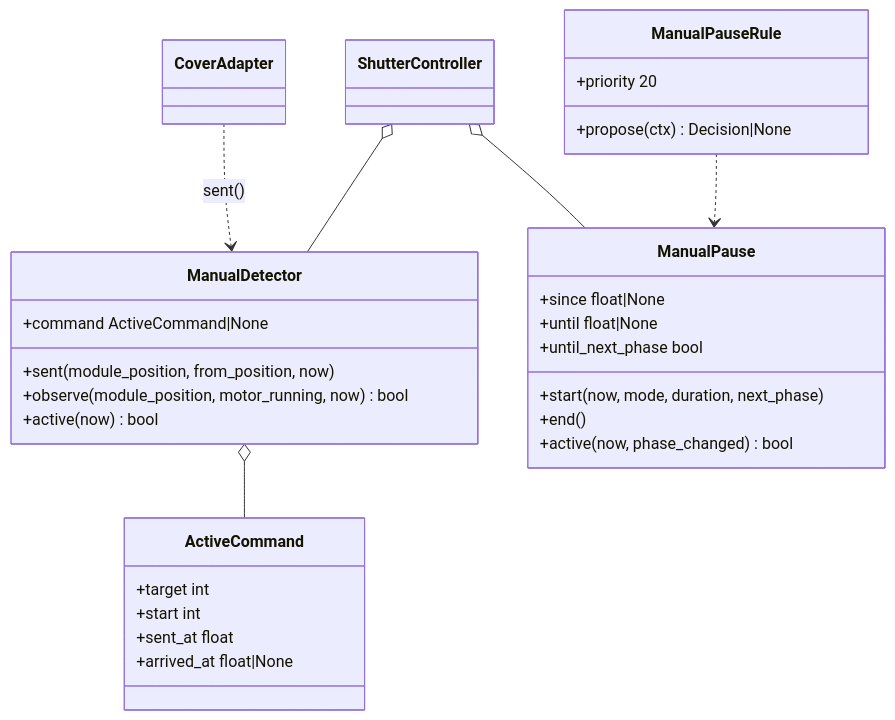
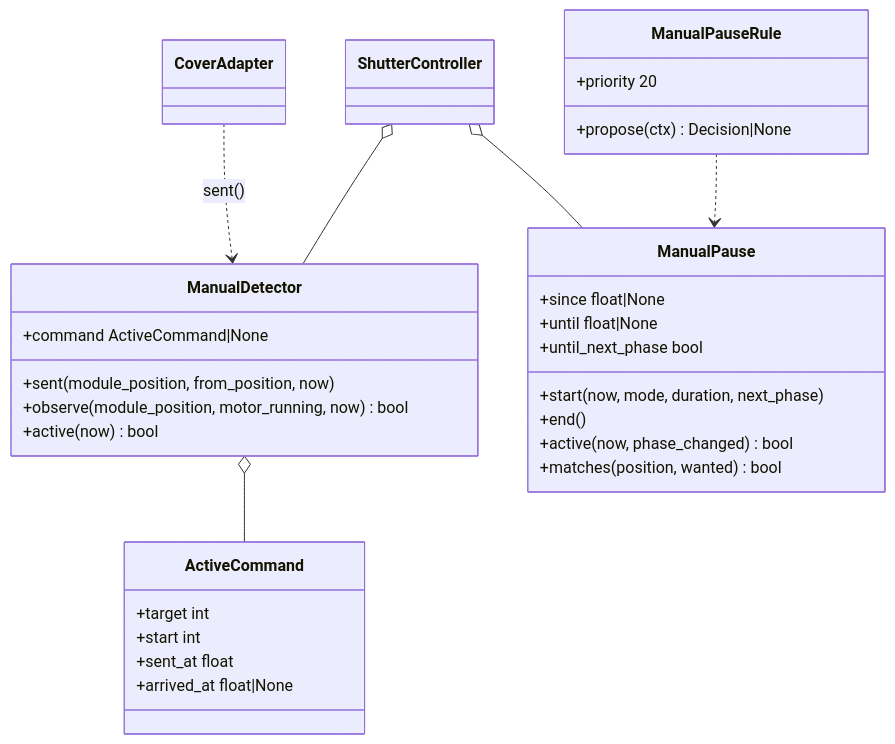
Before and after one commit to abroeders/smart-shutter-control: the second of 2 diagrams in docs/design/2026-11-20-manual-operation.md, drawn with Mermaid. The commit also changed other lines of this file, not shown here.

Commit message:
docs: a manual move to the wanted position resumes automatic control (#5)

````diff
--- a/docs/design/2026-11-20-manual-operation.md
+++ b/docs/design/2026-11-20-manual-operation.md
@@ -80,32 +90,33 @@
 ```mermaid
 classDiagram
     class ManualDetector {
         +command ActiveCommand|None
         +sent(module_position, from_position, now)
         +observe(module_position, motor_running, now) bool
         +active(now) bool
     }
     class ActiveCommand {
         +target int
         +start int
         +sent_at float
         +arrived_at float|None
     }
     class ManualPause {
         +since float|None
         +until float|None
         +until_next_phase bool
         +start(now, mode, duration, next_phase)
         +end()
         +active(now, phase_changed) bool
+        +matches(position, wanted) bool
     }
     class ManualPauseRule {
         +priority 20
         +propose(ctx) Decision|None
     }
     ManualDetector o-- ActiveCommand
     ManualPauseRule ..> ManualPause
     ShutterController o-- ManualDetector
     ShutterController o-- ManualPause
     CoverAdapter ..> ManualDetector : sent()
 ```
````
